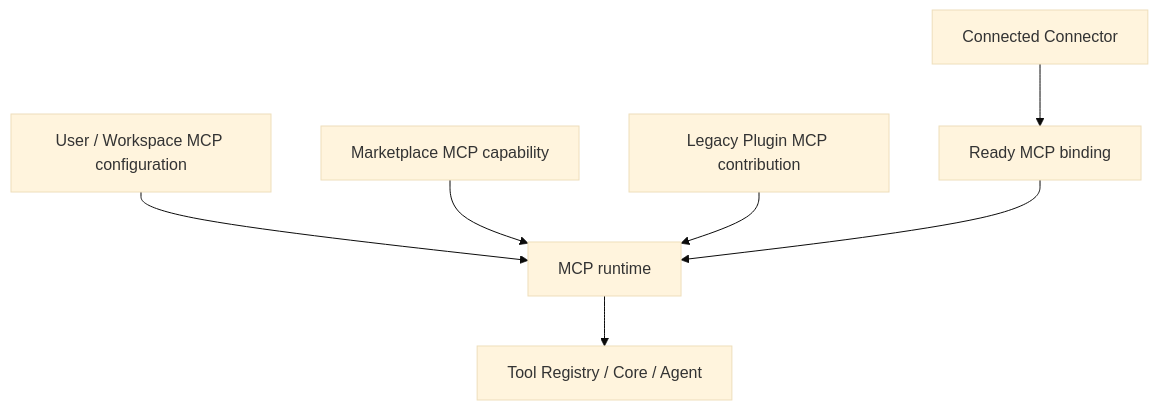
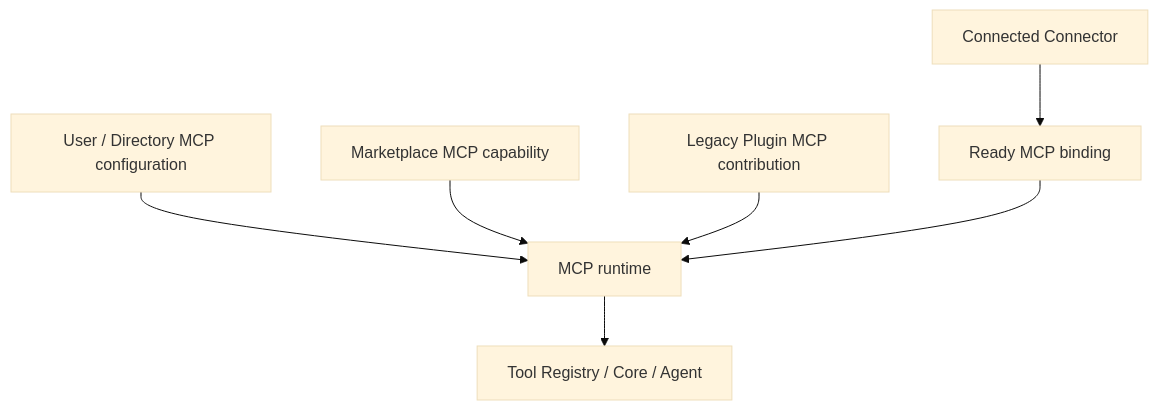
The first of 2 diagrams in docs/mcp.md (chogng/zeta), drawn with Mermaid (base theme) before and after one commit. The commit also changed other lines of this file and 41 other files, not shown here.

````diff
--- a/docs/mcp.md
+++ b/docs/mcp.md
@@ -74,9 +74,9 @@
 ```mermaid
 flowchart TD
-    U["User / Workspace MCP configuration"] --> R["MCP runtime"]
+    U["User / Directory MCP configuration"] --> R["MCP runtime"]
     P["Marketplace MCP capability"] --> R
     L["Legacy Plugin MCP contribution"] --> R
     C["Connected Connector"] --> B["Ready MCP binding"]
     B --> R
     R --> T["Tool Registry / Core / Agent"]
 ```
````
